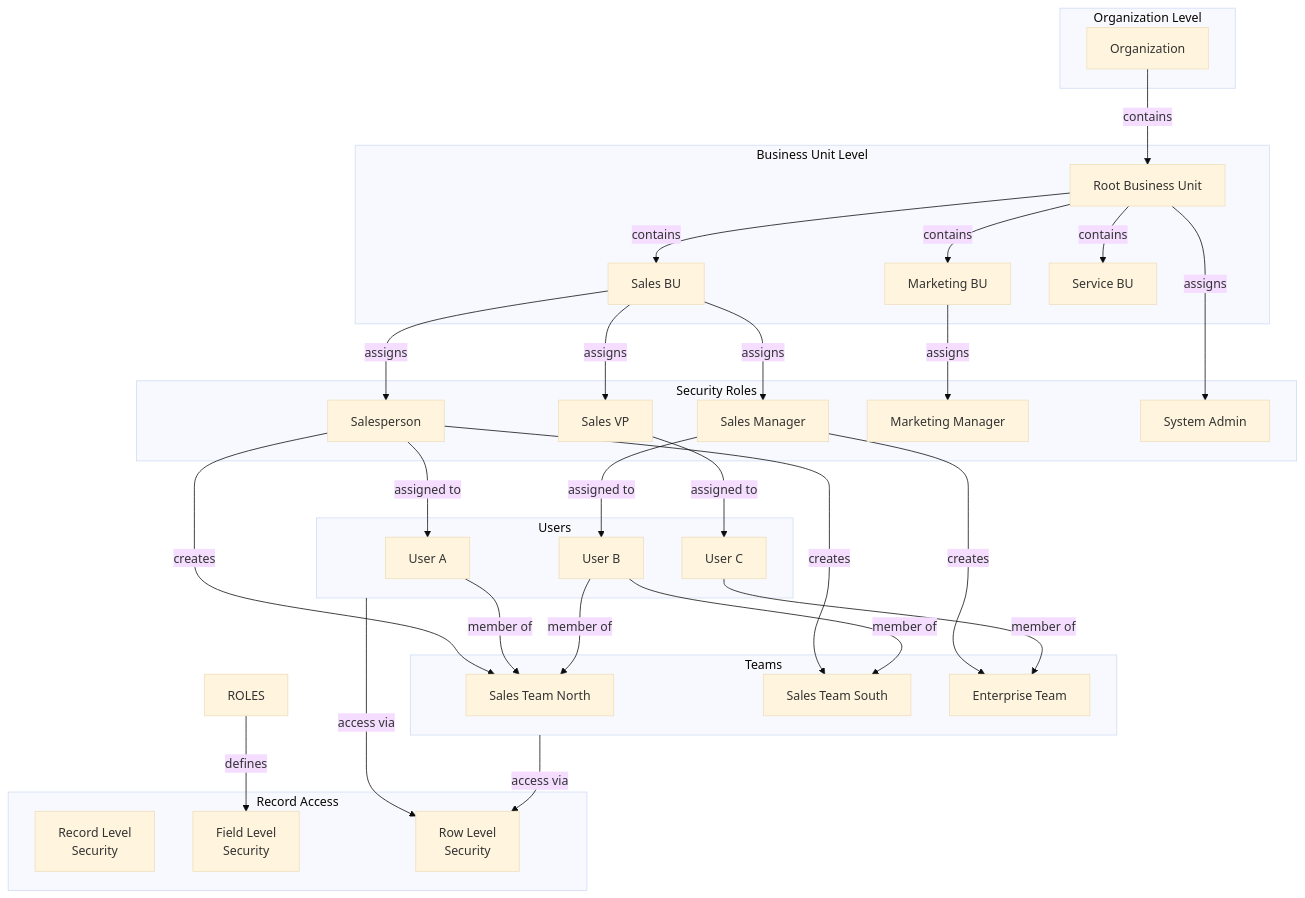
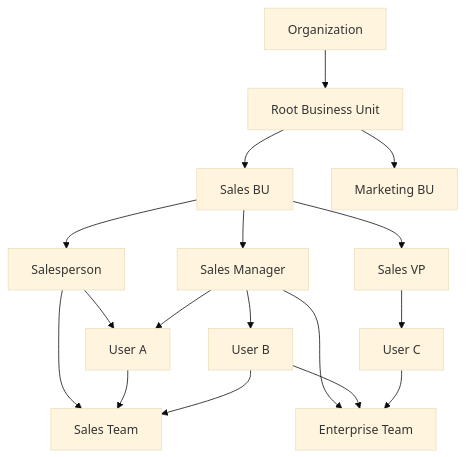
Before and after one commit to JohnDevaSahayam/Dynamic-365-Database-Documentation: the tenth of 15 diagrams in D365_Mermaid_Diagrams.md, drawn with Mermaid (base theme). The commit also changed other lines of this file, not shown here.

Commit message:
mermaid diagram docment changes

````diff
--- a/D365_Mermaid_Diagrams.md
+++ b/D365_Mermaid_Diagrams.md
@@ -1348,80 +1118,41 @@
 ```mermaid
 flowchart TB
-    %% ==================== SECURITY ARCHITECTURE ====================
+    ORG["Organization"]
+    BU1["Root Business Unit"]
+    BU2["Sales BU"]
+    BU3["Marketing BU"]
+    R1["Salesperson"]
+    R2["Sales Manager"]
+    R3["Sales VP"]
+    T1["Sales Team"]
+    T2["Enterprise Team"]
+    U1["User A"]
+    U2["User B"]
+    U3["User C"]
     
-    subgraph ORG["Organization Level"]
-        ORG1["Organization"]
-    end
+    ORG --> BU1
+    BU1 --> BU2
+    BU1 --> BU3
     
-    subgraph BU_LEVEL["Business Unit Level"]
-        BU1["Root Business Unit"]
-        BU2["Sales BU"]
-        BU3["Marketing BU"]
-        BU4["Service BU"]
-    end
+    BU2 --> R1
+    BU2 --> R2
+    BU2 --> R3
     
-    subgraph SECURITY_ROLES["Security Roles"]
-        R1["Salesperson"]
-        R2["Sales Manager"]
-        R3["Sales VP"]
-        R4["Marketing Manager"]
-        R5["System Admin"]
-    end
+    R1 --> T1
+    R2 --> T2
     
-    subgraph TEAMS["Teams"]
-        T1["Sales Team North"]
-        T2["Sales Team South"]
-        T3["Enterprise Team"]
-    end
+    R1 --> U1
+    R2 --> U1
+    R2 --> U2
+    R3 --> U3
     
-    subgraph USERS["Users"]
-        U1["User A"]
-        U2["User B"]
-        U3["User C"]
-    end
+    U1 --> T1
+    U2 --> T1
+    U2 --> T2
+    U3 --> T2
     
-    subgraph RECORDS["Record Access"]
-        RA1["Record Level<br/>Security"]
-        RA2["Field Level<br/>Security"]
-        RA3["Row Level<br/>Security"]
-    end
-    
-    %% Hierarchy connections
-    ORG1 -->|contains| BU1
-    BU1 -->|contains| BU2
-    BU1 -->|contains| BU3
-    BU1 -->|contains| BU4
-    
-    %% Role assignments
-    BU2 -->|assigns| R1
-    BU2 -->|assigns| R2
-    BU2 -->|assigns| R3
-    BU3 -->|assigns| R4
-    BU1 -->|assigns| R5
-    
-    %% Team memberships
-    R1 -->|creates| T1
-    R1 -->|creates| T2
-    R2 -->|creates| T3
-    
-    %% User assignments
-    R1 -->|assigned to| U1
-    R2 -->|assigned to| U2
-    R3 -->|assigned to| U3
-    
-    U1 -->|member of| T1
-    U2 -->|member of| T1
-    U2 -->|member of| T2
-    U3 -->|member of| T3
-    
-    %% Record access
-    USERS -->|"access via"| RA3
-    TEAMS -->|"access via"| RA3
-    ROLES -->|"defines"| RA2
-    
-    class ORG1,BU1,BU2,BU3,BU4 fill:#bbdefb,stroke:#1565c0
-    class R1,R2,R3,R4,R5 fill:#c8e6c9,stroke:#2e7d32
-    class T1,T2,T3 fill:#fff9c4,stroke:#f9a825
+    class ORG,BU1,BU2,BU3 fill:#bbdefb,stroke:#1565c0
+    class R1,R2,R3 fill:#c8e6c9,stroke:#2e7d32
+    class T1,T2 fill:#fff9c4,stroke:#f9a825
     class U1,U2,U3 fill:#f8bbd0,stroke:#c2185b
-    class RA1,RA2,RA3 fill:#e1bee7,stroke:#7b1fa2
 ```
````
